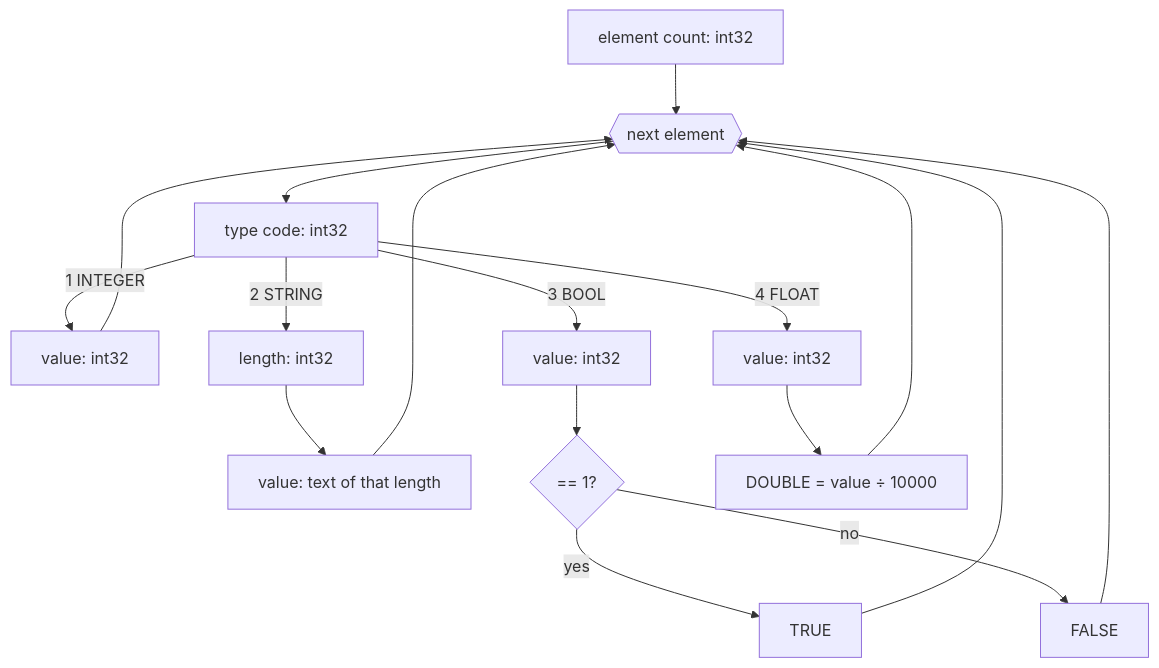
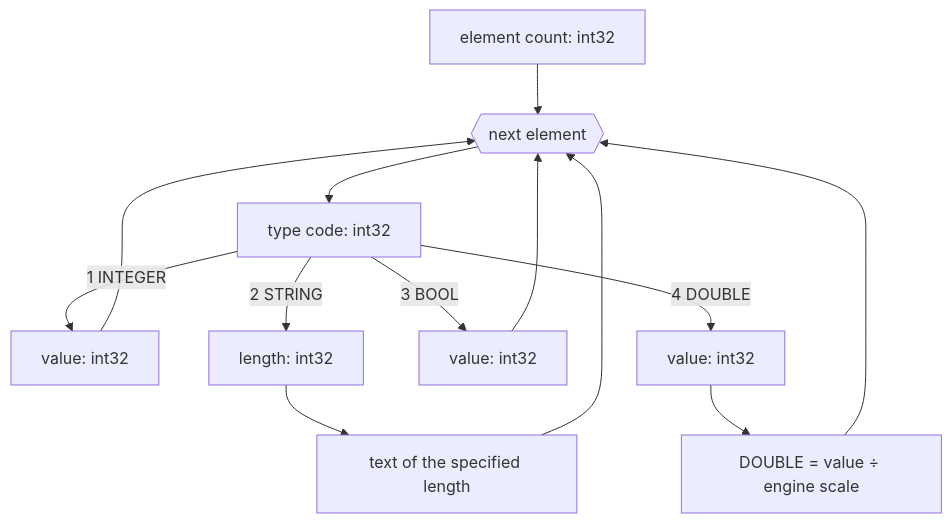
One commit to patryk025/Rex-EMoolator changed the diagram in docs/en/formats/ARR.md. Above: the diagram before and after it, drawn with Mermaid. The commit also changed other lines of this file and 19 other files, not shown here.

````diff
--- a/docs/en/formats/ARR.md
+++ b/docs/en/formats/ARR.md
@@ -23,15 +37,12 @@
 ```mermaid
 flowchart TD
     A["element count: int32"] --> B{{next element}}
     B --> C["type code: int32"]
     C -->|1 INTEGER| D["value: int32"]
     C -->|2 STRING| E["length: int32"]
-    E --> F["value: text of that length"]
+    E --> F["text of the specified length"]
     C -->|3 BOOL| G["value: int32"]
-    G --> H{== 1?}
-    H -->|yes| I[TRUE]
-    H -->|no| J[FALSE]
-    C -->|4 FLOAT| K["value: int32"]
-    K --> L["DOUBLE = value ÷ 10000"]
-    D & F & I & J & L --> B
+    C -->|4 DOUBLE| K["value: int32"]
+    K --> L["DOUBLE = value ÷ engine scale"]
+    D & F & G & L --> B
 ```
````
